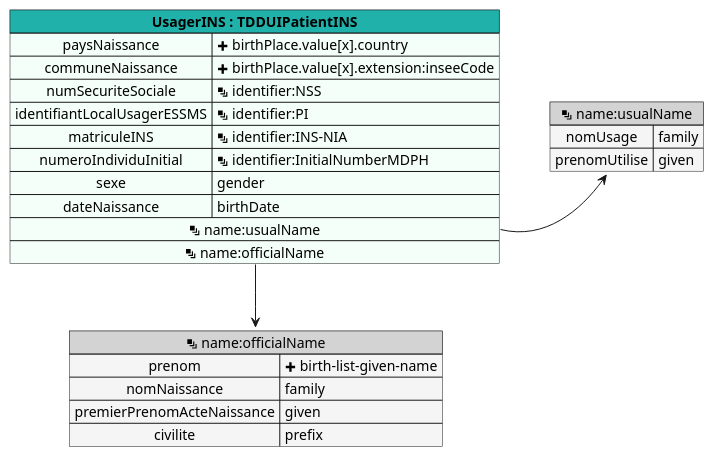
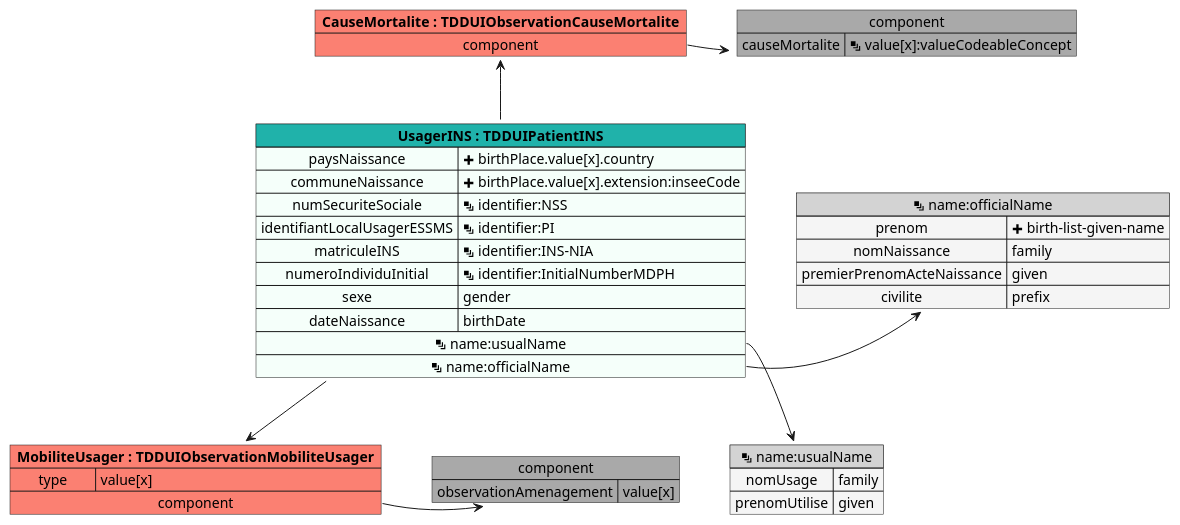
One commit to ansforge/IG-fhir-medicosocial-transfert-donnees-dui changed the diagram in input/images-source/mapping_TDDUIPatientINS.plantuml. Above: the diagram before and after it, drawn with PlantUML. The commit also changed 19 other files, not shown here.

```diff
--- a/input/images-source/mapping_TDDUIPatientINS.plantuml
+++ b/input/images-source/mapping_TDDUIPatientINS.plantuml
@@ -1,30 +1,51 @@
 @startuml
 
 map "<&layers> name:usualName" as nameusualName #back:WhiteSmoke;header:LightGray {
     nomUsage => family
     prenomUtilise => given
 }
 
 map "<&layers> name:officialName" as nameofficialName #back:WhiteSmoke;header:LightGray {
     prenom => <&plus> birth-list-given-name
     nomNaissance => family
     premierPrenomActeNaissance => given
     civilite => prefix
 }
 
 map "**UsagerINS : TDDUIPatientINS**" as UsagerINS #back:MintCream;header:LightSeaGreen {
     paysNaissance => <&plus> birthPlace.value[x].country
     communeNaissance => <&plus> birthPlace.value[x].extension:inseeCode
     numSecuriteSociale => <&layers> identifier:NSS
     identifiantLocalUsagerESSMS => <&layers> identifier:PI
     matriculeINS => <&layers> identifier:INS-NIR
     matriculeINS => <&layers> identifier:INS-NIA
     numeroIndividuInitial => <&layers> identifier:InitialNumberMDPH
     sexe => gender
     dateNaissance => birthDate
-    <&layers> name:usualName *-> nameusualName
-    <&layers> name:officialName *--> nameofficialName
+    <&layers> name:usualName *--> nameusualName
+    <&layers> name:officialName *-> nameofficialName
 }
+
+map "component" as component #DarkGray {
+    causeMortalite => <&layers> value[x]:valueCodeableConcept
+}
+
+map "**CauseMortalite : TDDUIObservationCauseMortalite**" as CauseMortalite #fb8072 {
+    component *-> component
+}
+
+map "component" as componentMobilite #DarkGray {
+    observationAmenagement => value[x]
+}
+
+map "**MobiliteUsager : TDDUIObservationMobiliteUsager**" as MobiliteUsager #fb8072 {
+    type => value[x]
+    component *-> componentMobilite
+}
+
+UsagerINS -u-> CauseMortalite
+UsagerINS --> MobiliteUsager
+
 
 
 @enduml
```
